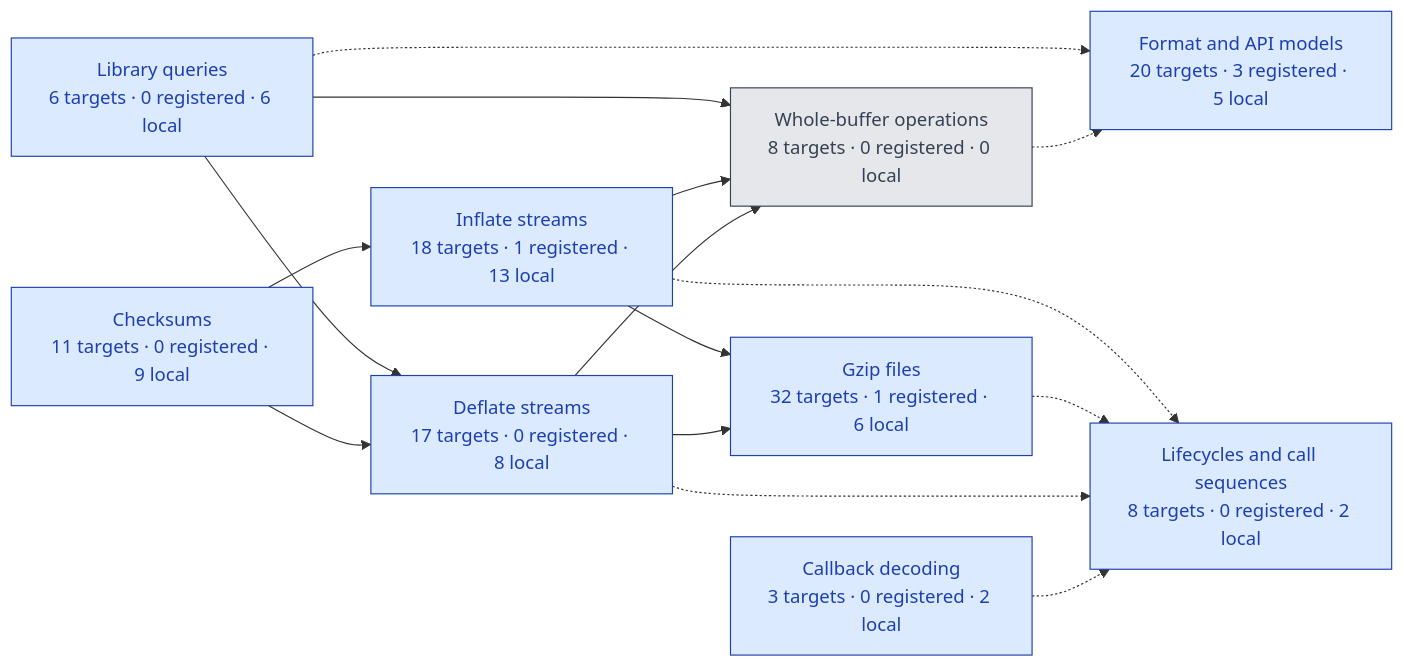
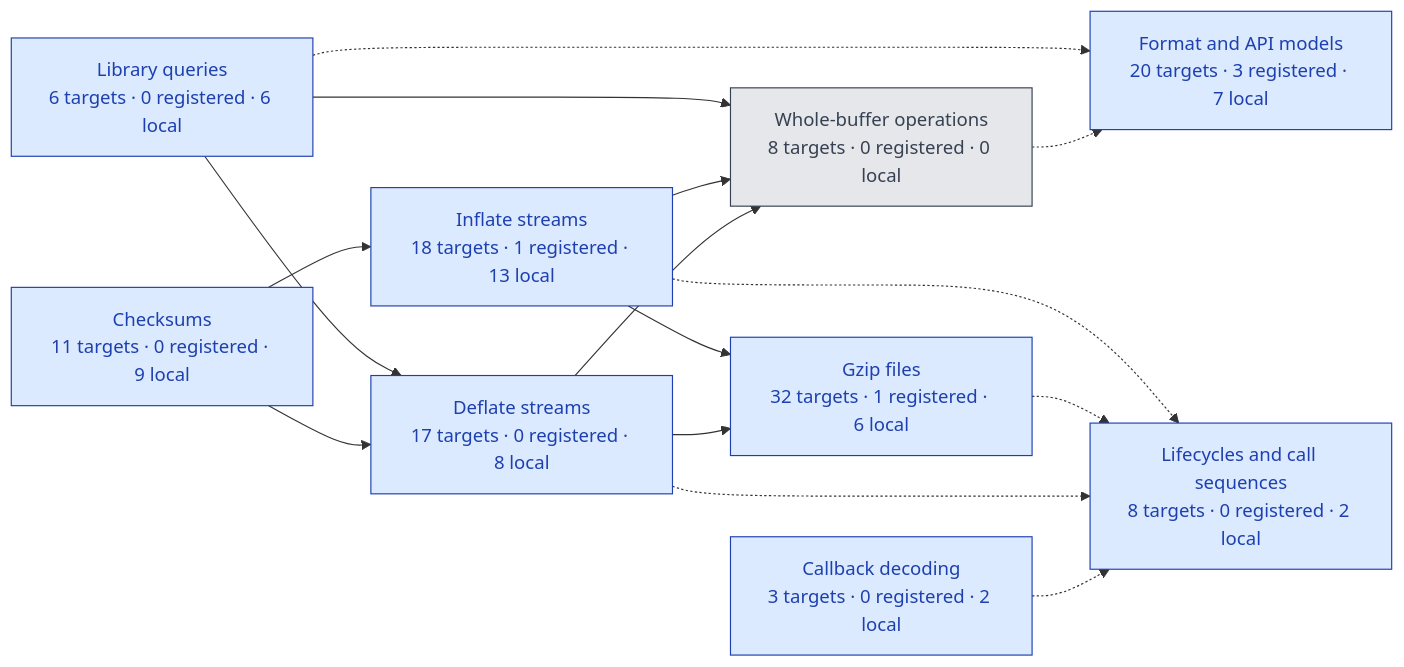
One commit to cla7aye15I4nd/zlib-f changed the diagram in docs/overview.md. Above: the diagram before and after it, drawn with Mermaid. The commit also changed other lines of this file and 1 other file, not shown here.

````diff
--- a/docs/overview.md
+++ b/docs/overview.md
@@ -26,31 +26,31 @@
 ```mermaid
 flowchart LR
   queries["Library queries<br/>6 targets · 0 registered · 6 local"]:::local
   checksums["Checksums<br/>11 targets · 0 registered · 9 local"]:::local
   inflate["Inflate streams<br/>18 targets · 1 registered · 13 local"]:::local
   deflate["Deflate streams<br/>17 targets · 0 registered · 8 local"]:::local
   back["Callback decoding<br/>3 targets · 0 registered · 2 local"]:::local
   gzip["Gzip files<br/>32 targets · 1 registered · 6 local"]:::local
   buffers["Whole-buffer operations<br/>8 targets · 0 registered · 0 local"]:::open
-  models["Format and API models<br/>20 targets · 3 registered · 5 local"]:::local
+  models["Format and API models<br/>20 targets · 3 registered · 7 local"]:::local
   lifecycle["Lifecycles and call sequences<br/>8 targets · 0 registered · 2 local"]:::local
   back -.-> lifecycle
   buffers -.-> models
   checksums --> deflate
   checksums --> inflate
   deflate --> buffers
   deflate --> gzip
   deflate -.-> lifecycle
   gzip -.-> lifecycle
   inflate --> buffers
   inflate --> gzip
   inflate -.-> lifecycle
   queries --> buffers
   queries --> deflate
   queries -.-> models
   classDef registered fill:#dcfce7,color:#166534,stroke:#166534
   classDef local fill:#dbeafe,color:#1e40af,stroke:#1e40af
   classDef draft fill:#fef3c7,color:#92400e,stroke:#92400e
   classDef open fill:#e5e7eb,color:#374151,stroke:#374151
   classDef rejected fill:#fee2e2,color:#991b1b,stroke:#991b1b
 ```
````
